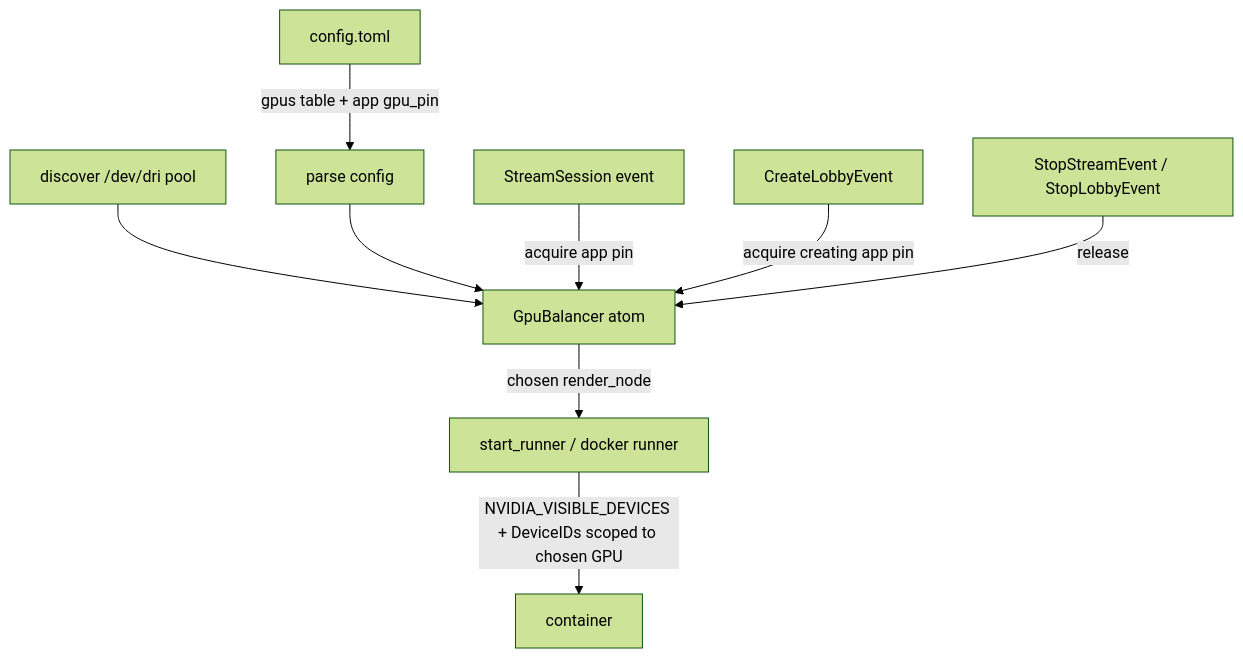
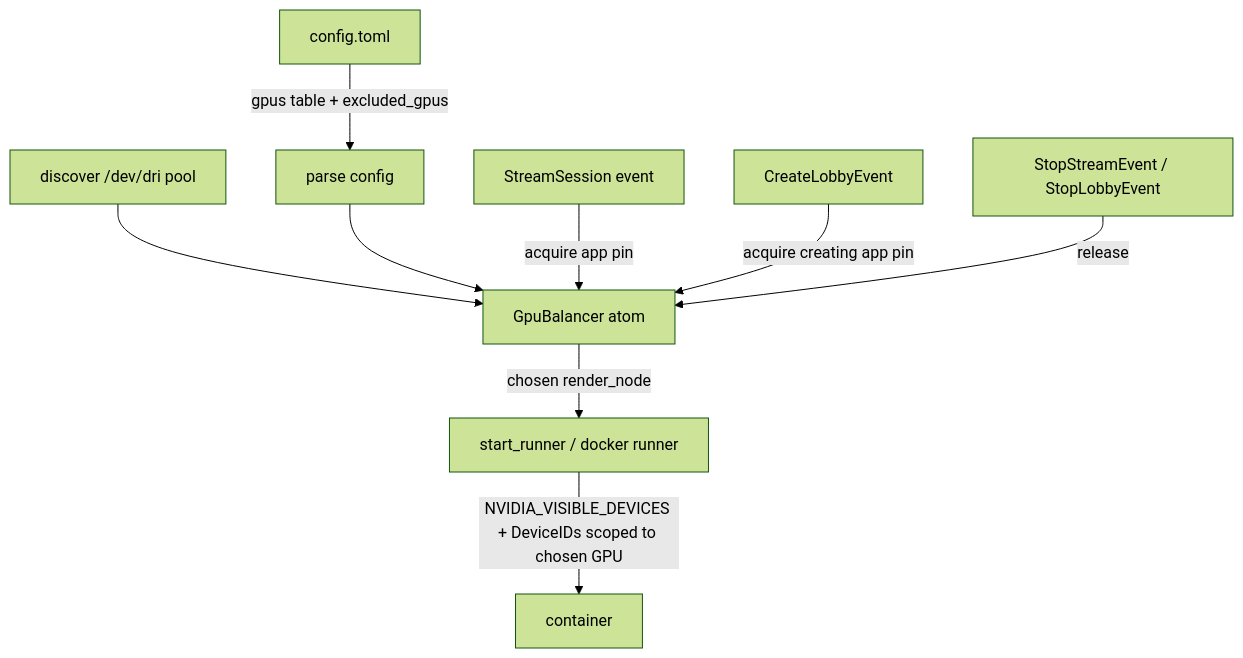
Before and after one commit to tjacoby2006/wolf: the diagram in plans/gpu-load-balancing.md, drawn with Mermaid (forest theme). The commit also changed other lines of this file and 7 other files, not shown here.

````diff
--- a/plans/gpu-load-balancing.md
+++ b/plans/gpu-load-balancing.md
@@ -31,11 +35,11 @@
 ```mermaid
 flowchart TD
-  C[config.toml] -->|gpus table + app gpu_pin| P[parse config]
+  C[config.toml] -->|gpus table + excluded_gpus| P[parse config]
   D[discover /dev/dri pool] --> BAL[GpuBalancer atom]
   P --> BAL
   SS[StreamSession event] -->|acquire app pin| BAL
   CL[CreateLobbyEvent] -->|acquire creating app pin| BAL
   BAL -->|chosen render_node| RUN[start_runner / docker runner]
   RUN -->|NVIDIA_VISIBLE_DEVICES + DeviceIDs scoped to chosen GPU| CTR[container]
   STOP[StopStreamEvent / StopLobbyEvent] -->|release| BAL
 ```
````
